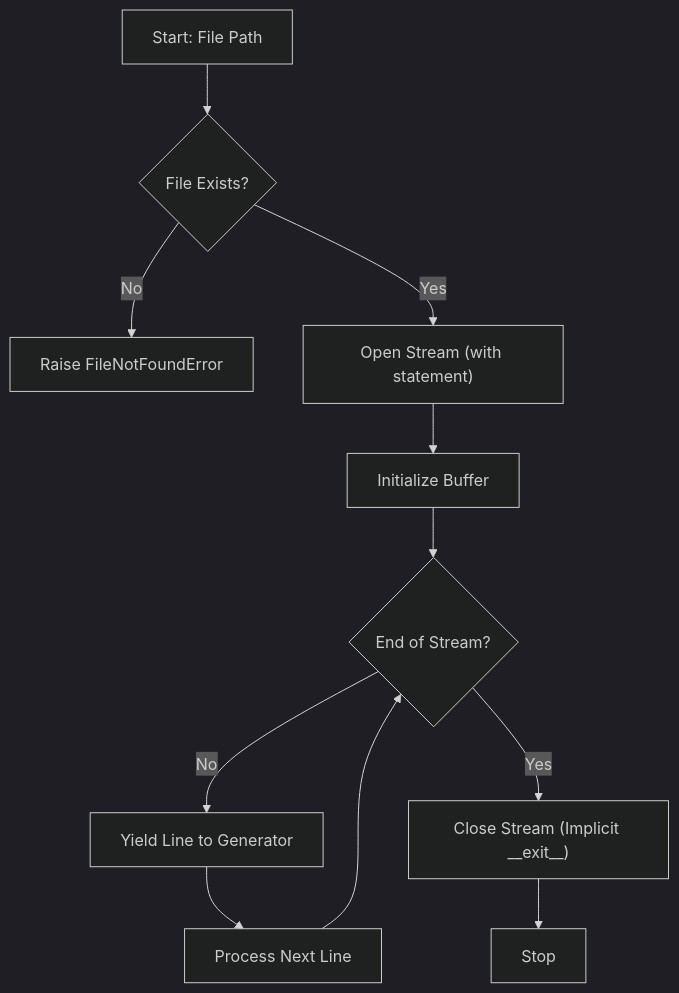
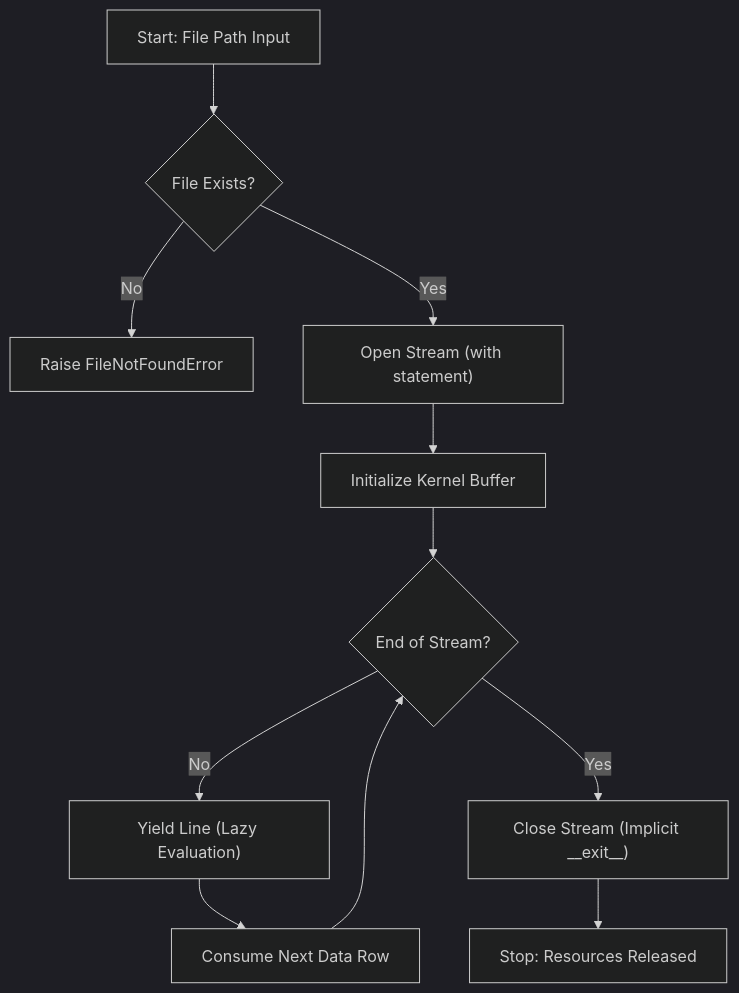
The first of 2 diagrams in Source Code/Read File/README.md (Amey-Thakur/PYTHON-SHORTS), drawn with Mermaid (dark theme) before and after one commit. The commit also changed other lines of this file, not shown here.

Commit message:
Python Shorts

````diff
--- a/Source Code/Read File/README.md
+++ b/Source Code/Read File/README.md
@@ -53,13 +56,13 @@
 ```mermaid
-graph TD
-    A[Start: File Path] --> B{File Exists?}
-    B -- No --> C[Raise FileNotFoundError]
-    B -- Yes --> D["Open Stream (with statement)"]
-    D --> E[Initialize Buffer]
-    E --> F{End of Stream?}
-    F -- No --> G[Yield Line to Generator]
-    G --> H[Process Next Line]
+flowchart TD
+    A["Start: File Path Input"] --> B{"File Exists?"}
+    B -- "No" --> C["Raise FileNotFoundError"]
+    B -- "Yes" --> D["Open Stream (with statement)"]
+    D --> E["Initialize Kernel Buffer"]
+    E --> F{"End of Stream?"}
+    F -- "No" --> G["Yield Line (Lazy Evaluation)"]
+    G --> H["Consume Next Data Row"]
     H --> F
-    F -- Yes --> I["Close Stream (Implicit __exit__)"]
-    I --> J[Stop]
+    F -- "Yes" --> I["Close Stream (Implicit __exit__)"]
+    I --> J["Stop: Resources Released"]
 ```
````
